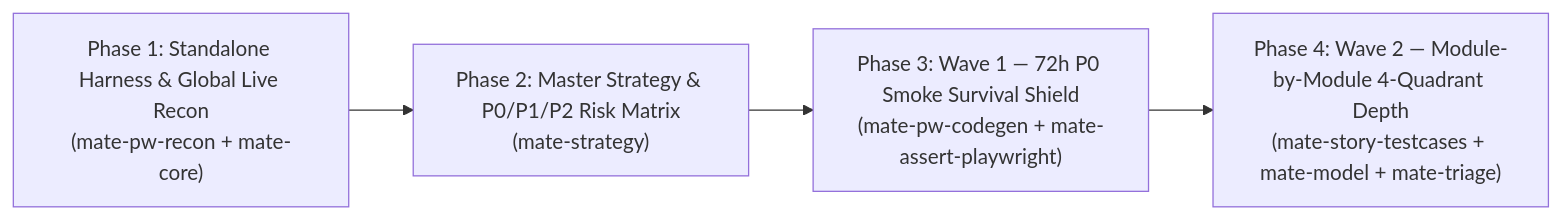
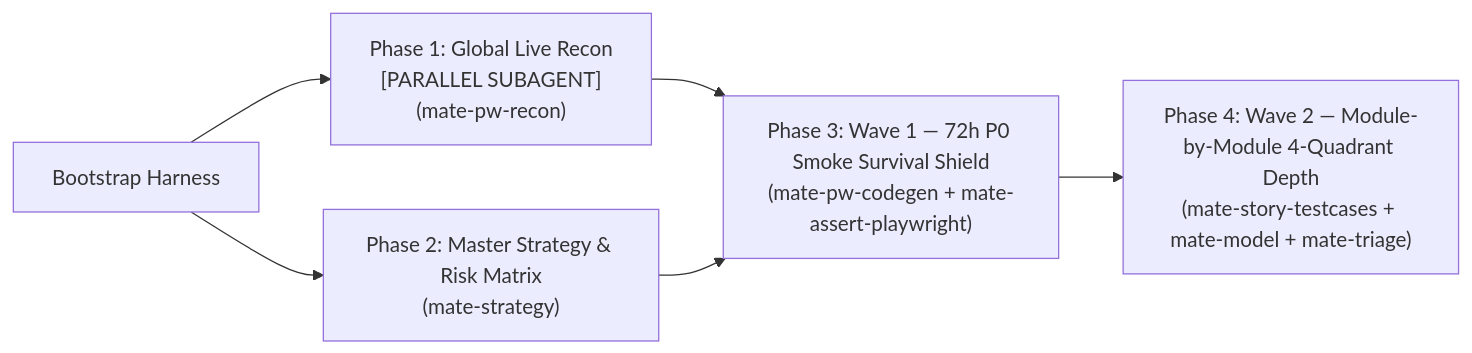
The diagram in workflows/mate-flow-zero-to-one.md (crespoantonio/mate-sdt), drawn with Mermaid before and after one commit. The commit also changed other lines of this file and 5 other files, not shown here.

````diff
--- a/workflows/mate-flow-zero-to-one.md
+++ b/workflows/mate-flow-zero-to-one.md
@@ -9,6 +12,8 @@
 ```mermaid
 flowchart LR
-    P1["Phase 1: Standalone Harness & Global Live Recon<br/>(mate-pw-recon + mate-core)"] --> P2["Phase 2: Master Strategy & P0/P1/P2 Risk Matrix<br/>(mate-strategy)"]
-    P2 --> P3["Phase 3: Wave 1 — 72h P0 Smoke Survival Shield<br/>(mate-pw-codegen + mate-assert-playwright)"]
+    P0["Bootstrap Harness"] --> P1["Phase 1: Global Live Recon<br/>[PARALLEL SUBAGENT]<br/>(mate-pw-recon)"]
+    P0 --> P2["Phase 2: Master Strategy & Risk Matrix<br/>(mate-strategy)"]
+    P1 --> P3["Phase 3: Wave 1 — 72h P0 Smoke Survival Shield<br/>(mate-pw-codegen + mate-assert-playwright)"]
+    P2 --> P3
     P3 --> P4["Phase 4: Wave 2 — Module-by-Module 4-Quadrant Depth<br/>(mate-story-testcases + mate-model + mate-triage)"]
 ```
````
